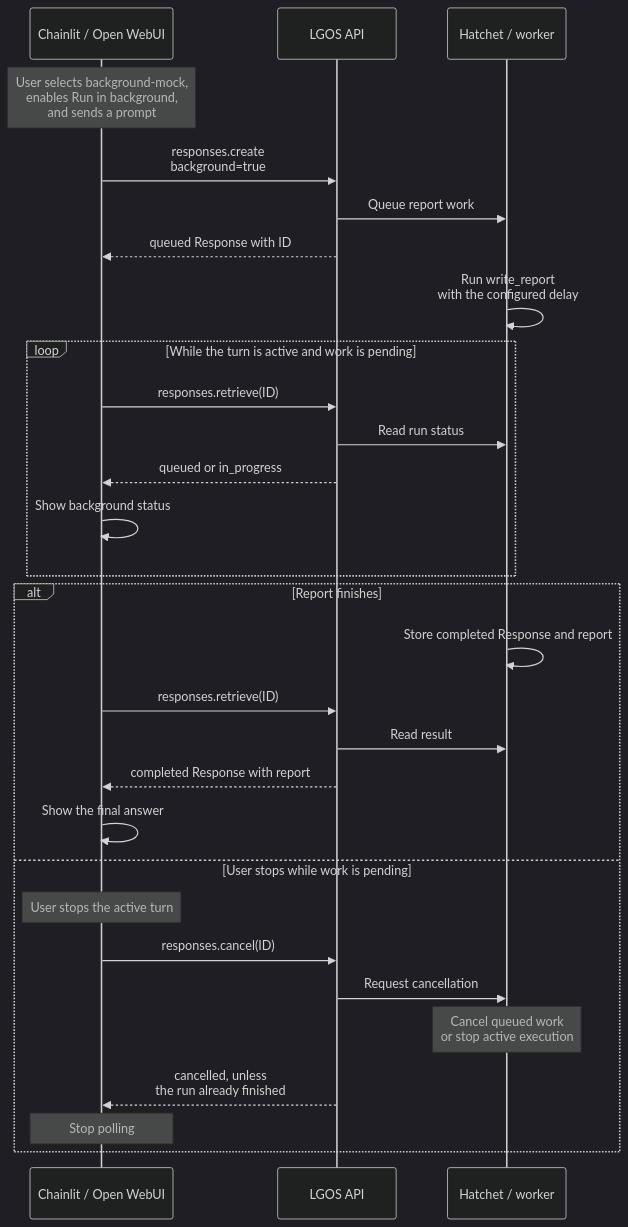
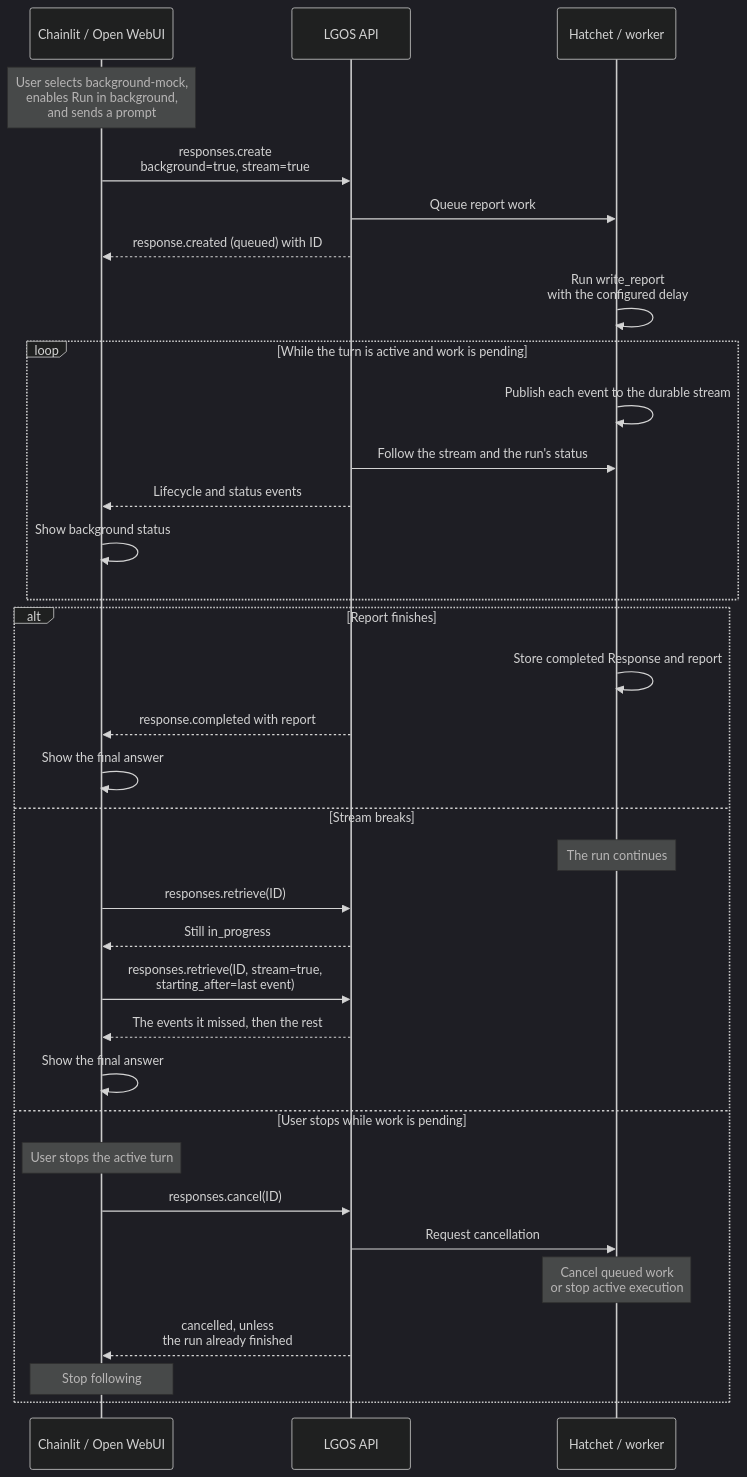
The second of 2 diagrams in docs/demo/graphs/background-mock.md (ilkersigirci/langgraph-openai-serve), drawn with Mermaid (dark theme) before and after one commit. The commit also changed other lines of this file and 60 other files, not shown here.

Commit message:
feat: openai background streaming support using hatchet durable-streams

````diff
--- a/docs/demo/graphs/background-mock.md
+++ b/docs/demo/graphs/background-mock.md
@@ -43,32 +43,37 @@
 ```mermaid
 sequenceDiagram
   participant UI as Chainlit / Open WebUI
   participant API as LGOS API
   participant Jobs as Hatchet / worker
 
   Note over UI: User selects background-mock,<br/>enables Run in background,<br/>and sends a prompt
-  UI->>API: responses.create<br/>background=true
+  UI->>API: responses.create<br/>background=true, stream=true
   API->>Jobs: Queue report work
-  API-->>UI: queued Response with ID
+  API-->>UI: response.created (queued) with ID
   Jobs->>Jobs: Run write_report<br/>with the configured delay
   loop While the turn is active and work is pending
-    UI->>API: responses.retrieve(ID)
-    API->>Jobs: Read run status
-    API-->>UI: queued or in_progress
+    Jobs->>Jobs: Publish each event to the durable stream
+    API->>Jobs: Follow the stream and the run's status
+    API-->>UI: Lifecycle and status events
     UI->>UI: Show background status
   end
   alt Report finishes
     Jobs->>Jobs: Store completed Response and report
+    API-->>UI: response.completed with report
+    UI->>UI: Show the final answer
+  else Stream breaks
+    Note over Jobs: The run continues
     UI->>API: responses.retrieve(ID)
-    API->>Jobs: Read result
-    API-->>UI: completed Response with report
+    API-->>UI: Still in_progress
+    UI->>API: responses.retrieve(ID, stream=true,<br/>starting_after=last event)
+    API-->>UI: The events it missed, then the rest
     UI->>UI: Show the final answer
   else User stops while work is pending
     Note over UI: User stops the active turn
     UI->>API: responses.cancel(ID)
     API->>Jobs: Request cancellation
     Note over Jobs: Cancel queued work<br/>or stop active execution
     API-->>UI: cancelled, unless<br/>the run already finished
-    Note over UI: Stop polling
+    Note over UI: Stop following
   end
 ```
````
